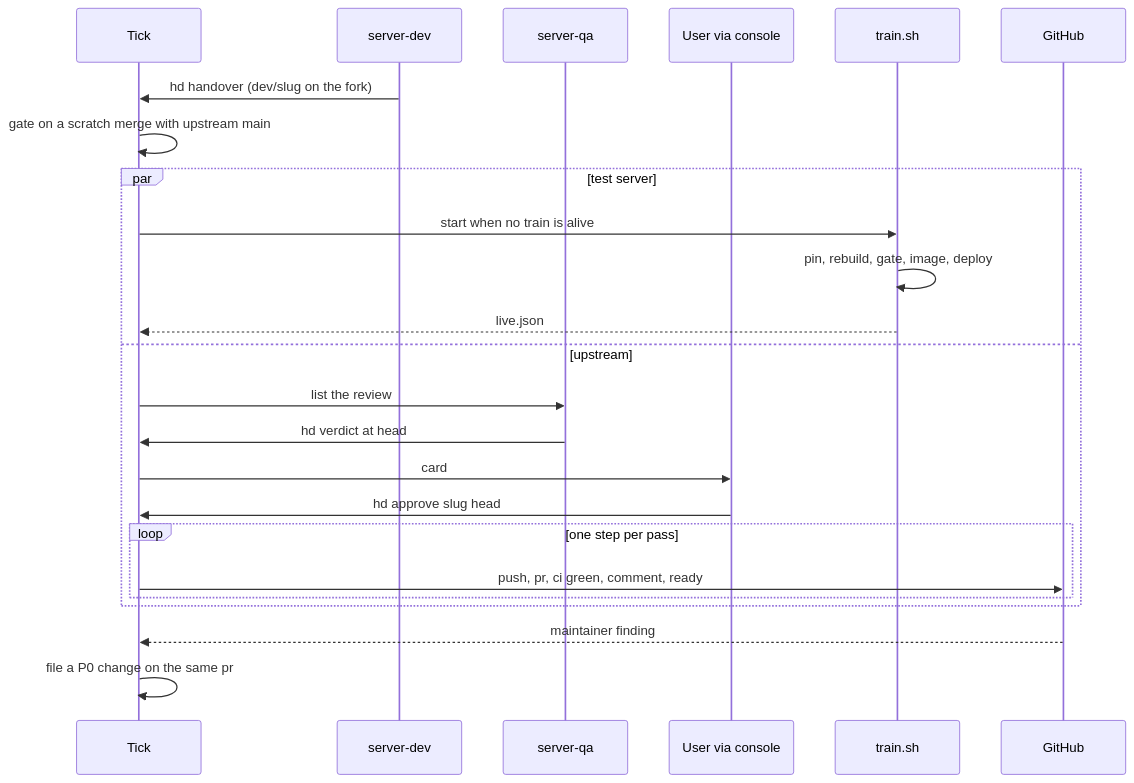
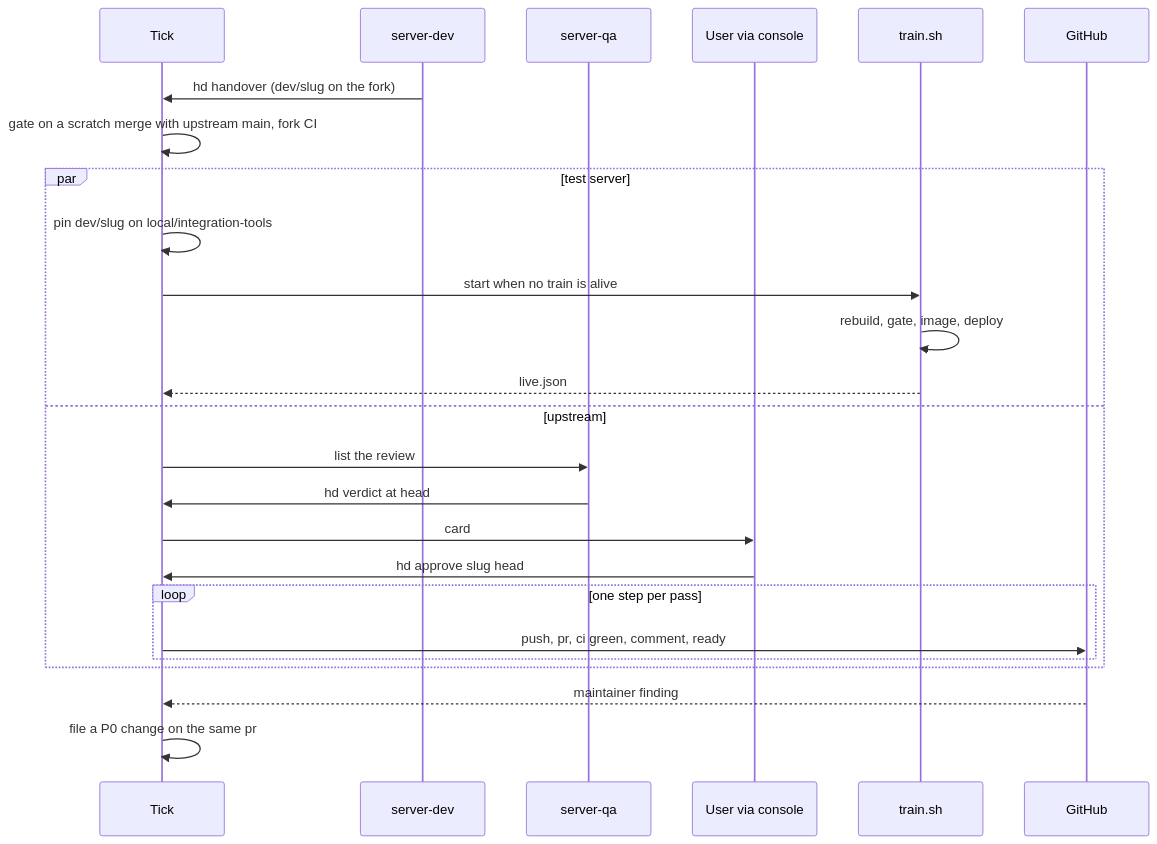
Before and after one commit to AlexPerrin/osrs-harness: the fourth of 6 diagrams in docs/ARCHITECTURE.md, drawn with Mermaid. The commit also changed other lines of this file and 3 other files, not shown here.

First line of the commit message:
docs: ARCHITECTURE as built, CLAUDE.md and HANDOFF for v7; the client-api goal

````diff
--- a/docs/ARCHITECTURE.md
+++ b/docs/ARCHITECTURE.md
@@ -275,26 +287,27 @@
 ```mermaid
 sequenceDiagram
   participant T as Tick
   participant D as server-dev
   participant Q as server-qa
   participant U as User via console
   participant Tr as train.sh
   participant GH as GitHub
   D->>T: hd handover (dev/slug on the fork)
-  T->>T: gate on a scratch merge with upstream main
+  T->>T: gate on a scratch merge with upstream main, fork CI
   par test server
+    T->>T: pin dev/slug on local/integration-tools
     T->>Tr: start when no train is alive
-    Tr->>Tr: pin, rebuild, gate, image, deploy
+    Tr->>Tr: rebuild, gate, image, deploy
     Tr-->>T: live.json
   and upstream
     T->>Q: list the review
     Q->>T: hd verdict at head
     T->>U: card
     U->>T: hd approve slug head
     loop one step per pass
       T->>GH: push, pr, ci green, comment, ready
     end
   end
   GH-->>T: maintainer finding
   T->>T: file a P0 change on the same pr
 ```
````
